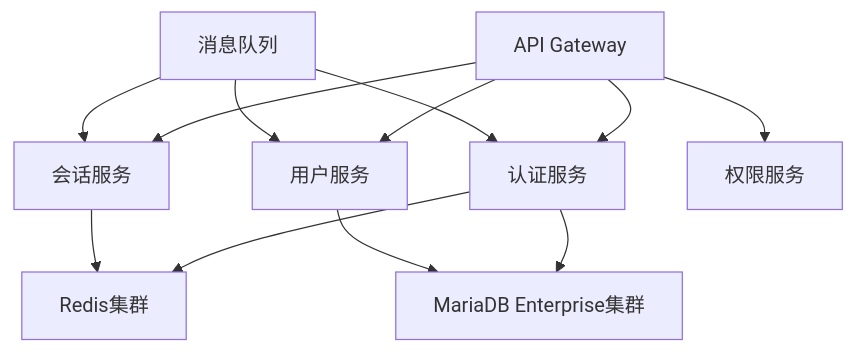
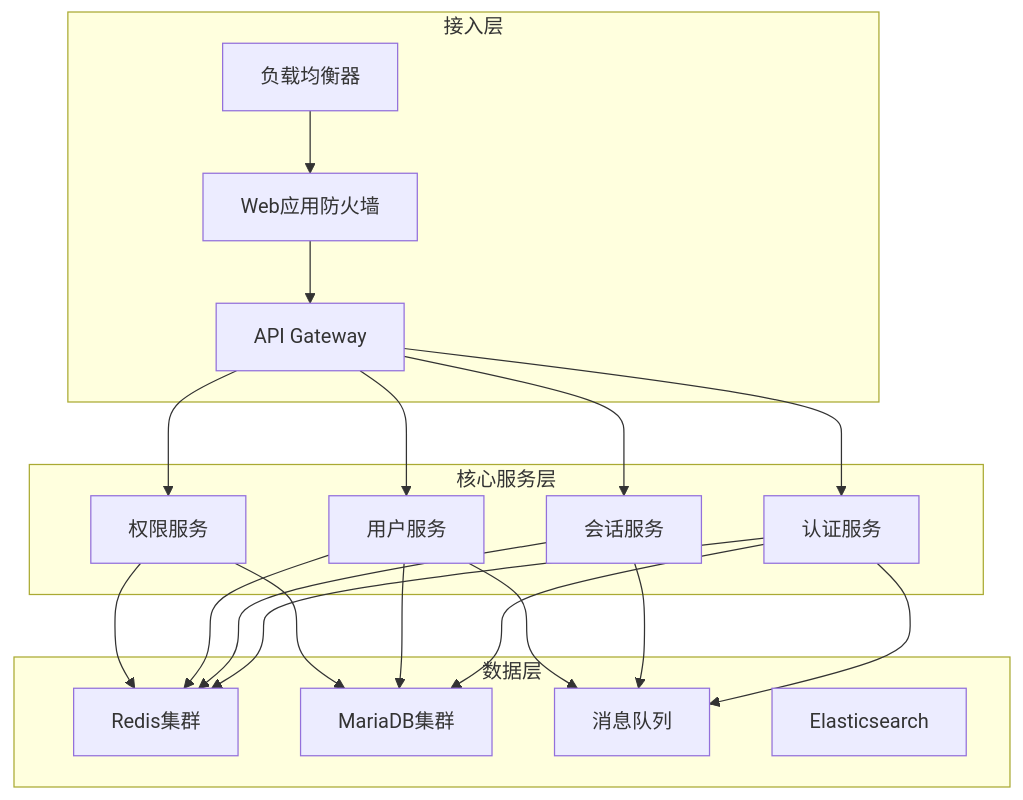
One commit to jamesdx/dove changed the second of 5 diagrams in doc/knowledgebase/02 Architect/Soluton/Disributed System/Distributed Session Management/Distributed Session Management Technical Architecture.md. Above: the diagram before and after it, drawn with Mermaid. The commit also changed other lines of this file and 11 other files, not shown here.

````diff
--- a/doc/knowledgebase/02 Architect/Soluton/Disributed System/Distributed Session Management/Distributed Session Management Technical Architecture.md
+++ b/doc/knowledgebase/02 Architect/Soluton/Disributed System/Distributed Session Management/Distributed Session Management Technical Architecture.md
@@ -535,16 +632,42 @@
-  ```mermaid
-  graph TD
-    A[API Gateway] --> B[认证服务]
-    A --> C[会话服务]
-    A --> D[用户服务]
-    A --> E[权限服务]
+```mermaid
+graph TD
+    subgraph 接入层
+        LB[负载均衡器]
+        WAF[Web应用防火墙]
+        Gateway[API Gateway]
+    end
+
+    subgraph 核心服务层
+        AuthService[认证服务]
+        SessionService[会话服务]
+        UserService[用户服务]
+        PermissionService[权限服务]
+    end
+
+    subgraph 数据层
+        Redis[Redis集群]
+        MariaDB[MariaDB集群]
+        MQ[消息队列]
+        ES[Elasticsearch]
+    end
+
+    LB --> WAF
+    WAF --> Gateway
+    Gateway --> AuthService
+    Gateway --> SessionService
+    Gateway --> UserService
+    Gateway --> PermissionService
     
-    B --> F[Redis集群]
-    C --> F
-    B --> G[MariaDB Enterprise集群]
-    D --> G
+    AuthService --> Redis
+    SessionService --> Redis
+    UserService --> Redis
+    PermissionService --> Redis
     
-    H[消息队列] --> B
-    H --> C
-    H --> D
-  ```
+    AuthService --> MariaDB
+    UserService --> MariaDB
+    PermissionService --> MariaDB
+    
+    AuthService --> MQ
+    SessionService --> MQ
+    UserService --> MQ
+```
````
